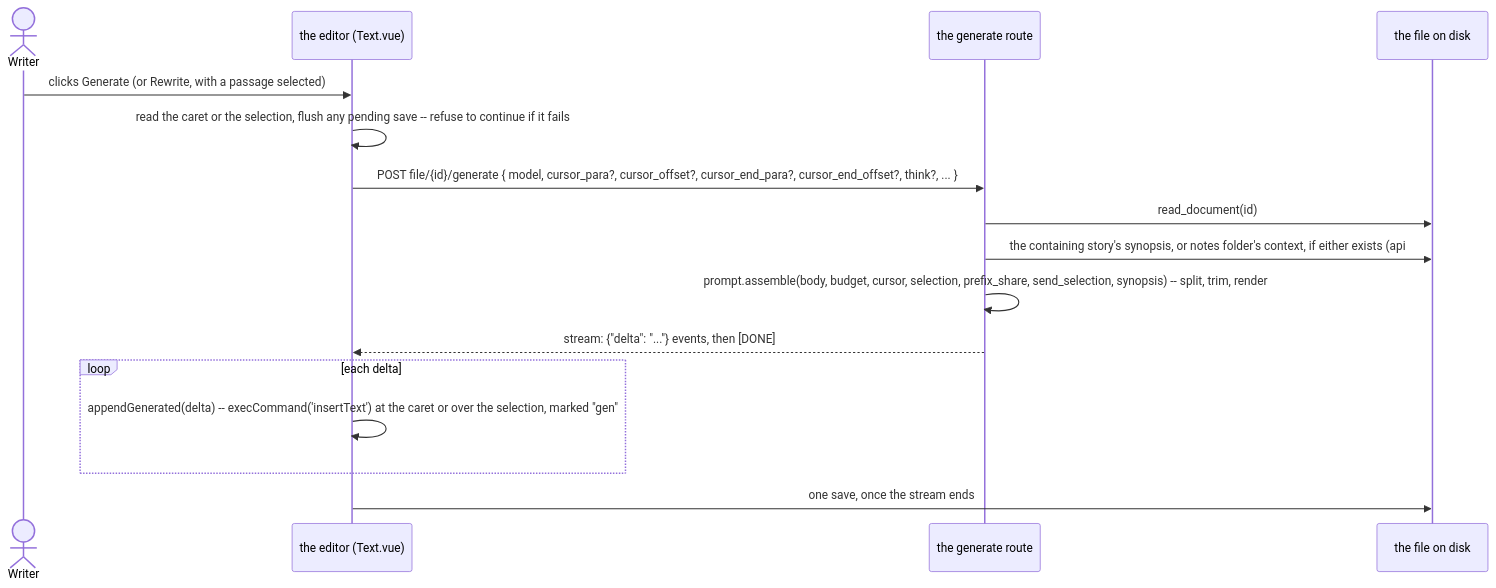
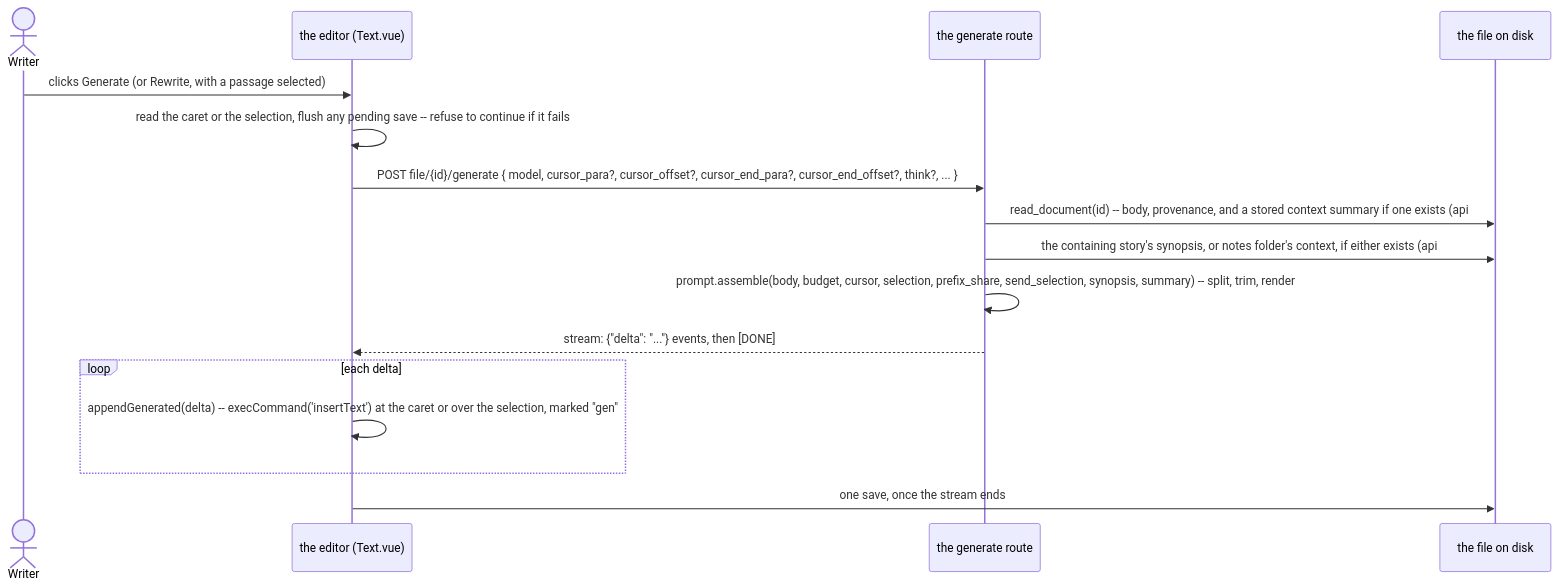
The first of 2 diagrams in docs/prompt.md (InkSpireEditor/inkspire-api), drawn with Mermaid before and after one commit. The commit also changed other lines of this file and 23 other files, not shown here.

First line of the commit message:
Summarise what a generation's prompt budget trims off a chapter (api#18)

````diff
--- a/docs/prompt.md
+++ b/docs/prompt.md
@@ -13,19 +13,19 @@
 ```mermaid
 sequenceDiagram
     actor W as Writer
     participant E as the editor (Text.vue)
     participant API as the generate route
     participant FS as the file on disk
 
     W->>E: clicks Generate (or Rewrite, with a passage selected)
     E->>E: read the caret or the selection, flush any pending save -- refuse to continue if it fails
     E->>API: POST file/{id}/generate { model, cursor_para?, cursor_offset?, cursor_end_para?, cursor_end_offset?, think?, ... }
-    API->>FS: read_document(id)
+    API->>FS: read_document(id) -- body, provenance, and a stored context summary if one exists (api#18)
     API->>FS: the containing story's synopsis, or notes folder's context, if either exists (api#17)
-    API->>API: prompt.assemble(body, budget, cursor, selection, prefix_share, send_selection, synopsis) -- split, trim, render
+    API->>API: prompt.assemble(body, budget, cursor, selection, prefix_share, send_selection, synopsis, summary) -- split, trim, render
     API-->>E: stream: {"delta": "..."} events, then [DONE]
     loop each delta
         E->>E: appendGenerated(delta) -- execCommand('insertText') at the caret or over the selection, marked "gen"
     end
     E->>FS: one save, once the stream ends
 ```
````
